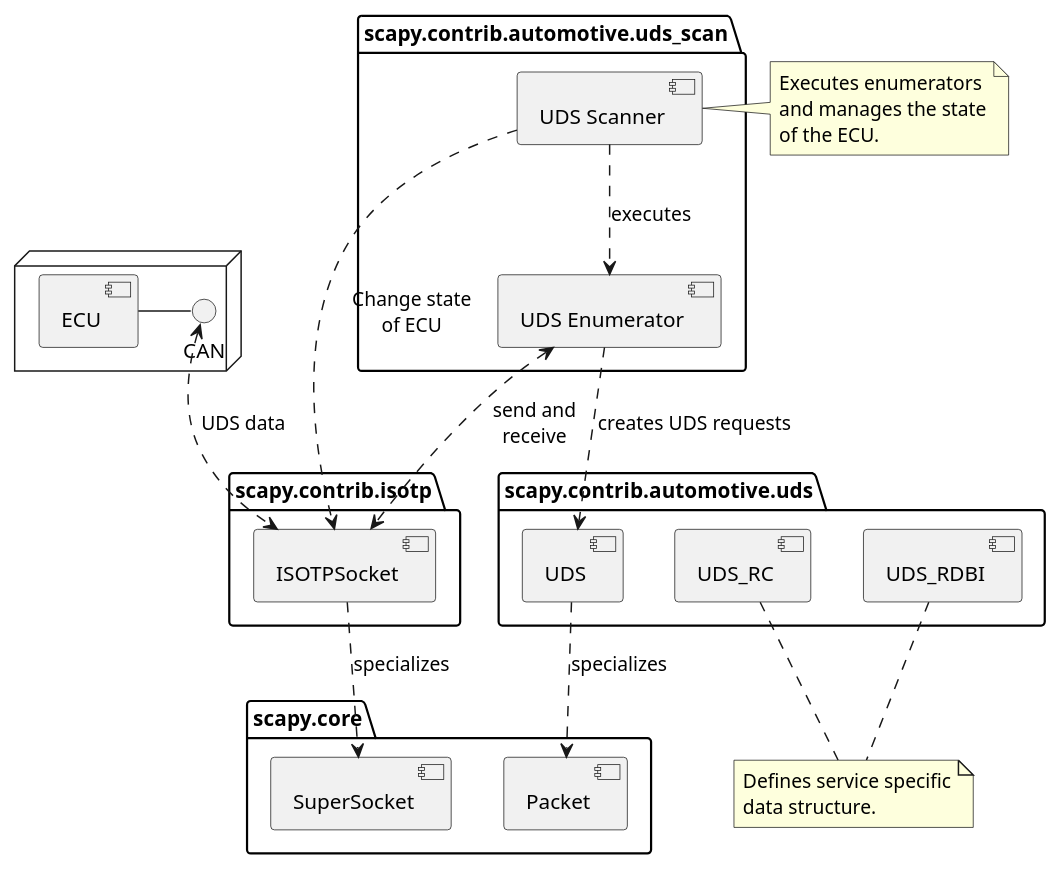
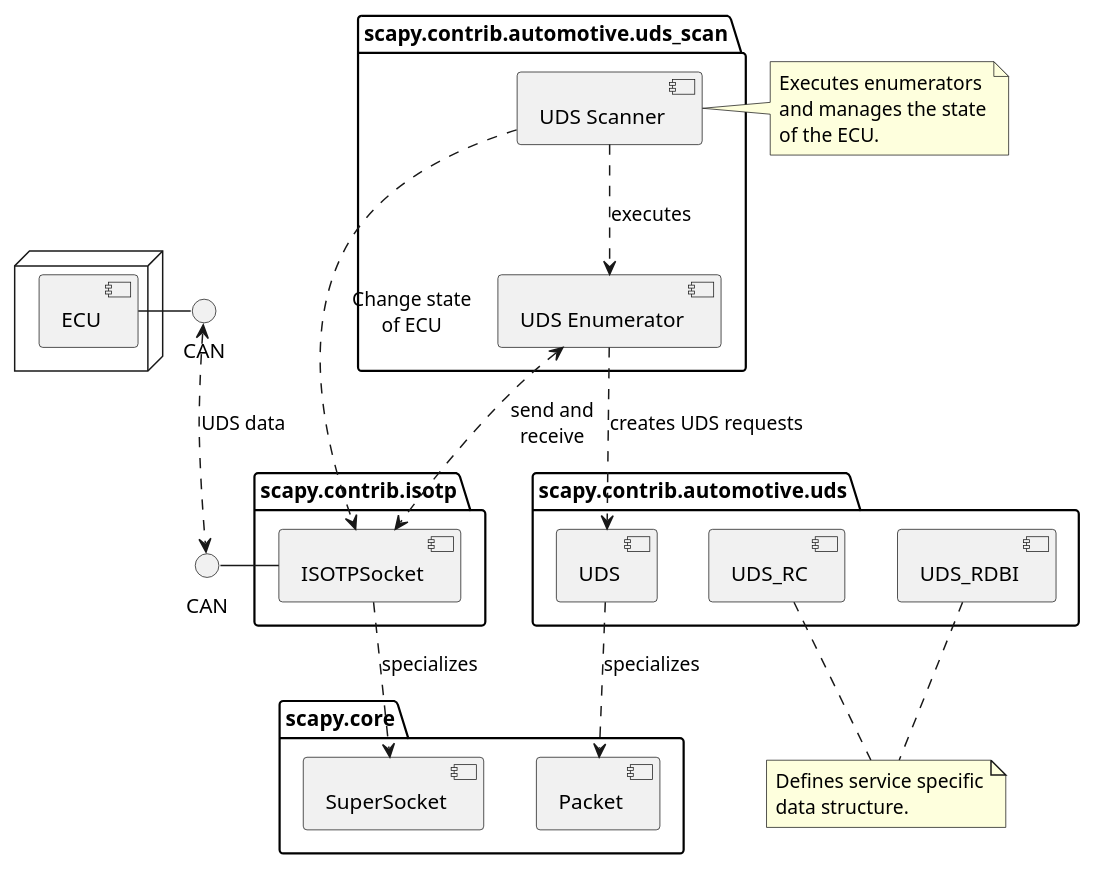
The diagram in images/uml/context.puml (akorb/bachelor-thesis), drawn with PlantUML before and after one commit. The commit also changed 2 other files, not shown here.

Commit message:
Add second can interface in context graph

```diff
--- a/images/uml/context.puml
+++ b/images/uml/context.puml
@@ -1,53 +1,58 @@
 @startuml
+
+() "CAN" as can1
+() "CAN" as can2
 
 package "scapy.core" {
     [Packet]
     [SuperSocket]
 }
 
 package "scapy.contrib.isotp" {
     [ISOTPSocket] ..> [SuperSocket] : specializes
 }
 
 package "scapy.contrib.automotive.uds" {
     [UDS]
     [UDS_RC]
     [UDS_RDBI]
 }
 
 [UDS] ..> [Packet] : specializes 
 
 package "scapy.contrib.automotive.uds_scan" {
     [UDS Scanner] ..> [UDS Enumerator] : executes
     [UDS Enumerator] <..> [ISOTPSocket] : send and\nreceive
 
     [UDS Enumerator] ..> [UDS] : creates UDS requests
 }
 
 node {
-    [ECU] - CAN
+    [ECU] - can1
 }
-[ISOTPSocket] <.up.> CAN : UDS data
+
+[ISOTPSocket] - can2
+can1 <.down.> can2 : UDS data
 [UDS Scanner] ..> [ISOTPSocket] : Change state\nof ECU
 
 note left of [UDS Scanner]
 Executes enumerators
 and manages the state
 of the ECU.
 end note
 
 
 note as N1
 Defines service specific
 data structure.
 end note
 
 'note right of [ISOTPSocket]
 'To exchange data
 'with the ECU.
 'end note
 
 [UDS_RDBI] .. N1
 [UDS_RC] .. N1
 
 @enduml
```
